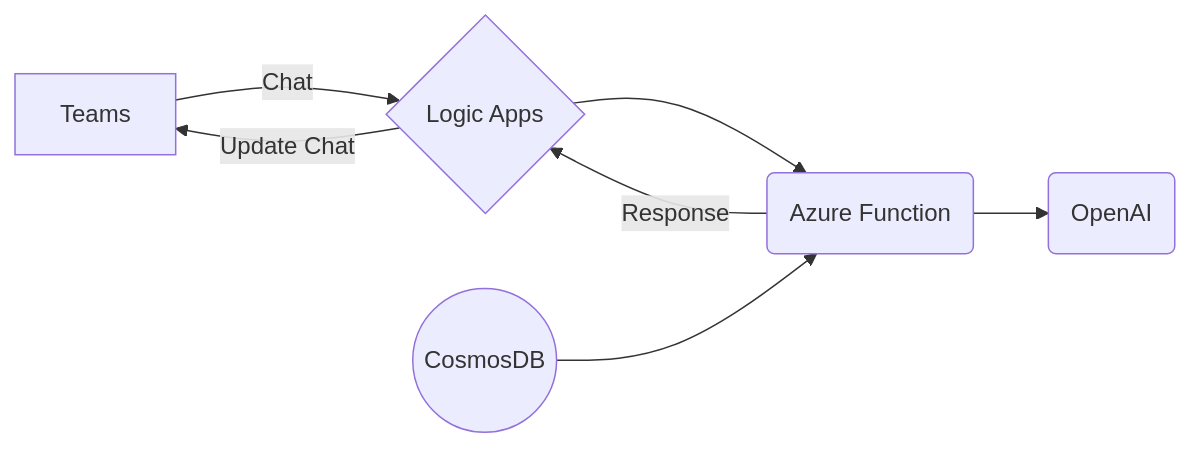
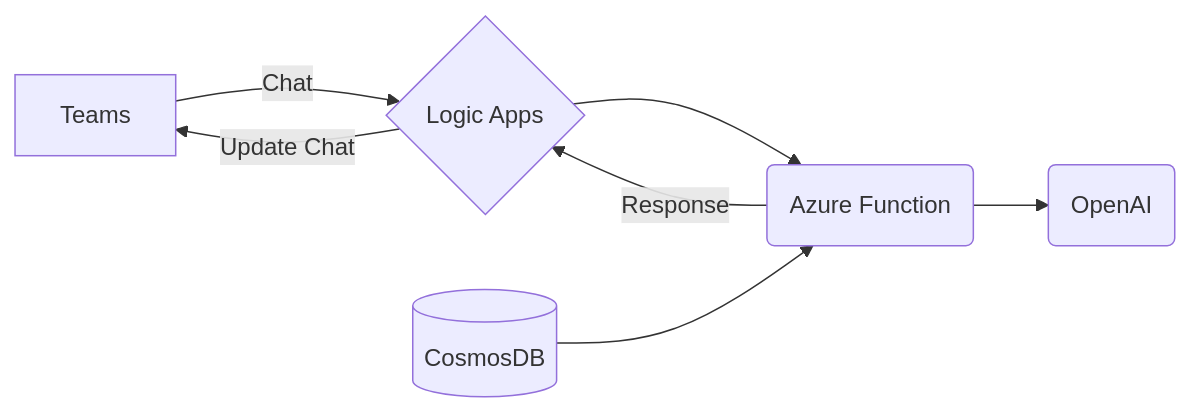
The first of 3 diagrams in README.md (nagendramishr/mini-rag-quickstart), drawn with Mermaid before and after one commit.

````diff
--- a/README.md
+++ b/README.md
@@ -27,9 +27,9 @@
 ```mermaid
 graph LR
 A[Teams] -- Chat --> B{Logic Apps}
 B --> C(Azure Function)
-D((CosmosDB)) --> C
+D[(CosmosDB)] --> C
 C --> E(OpenAI)
 C -- Response --> B
 B -- Update Chat --> A 
 ```
````
